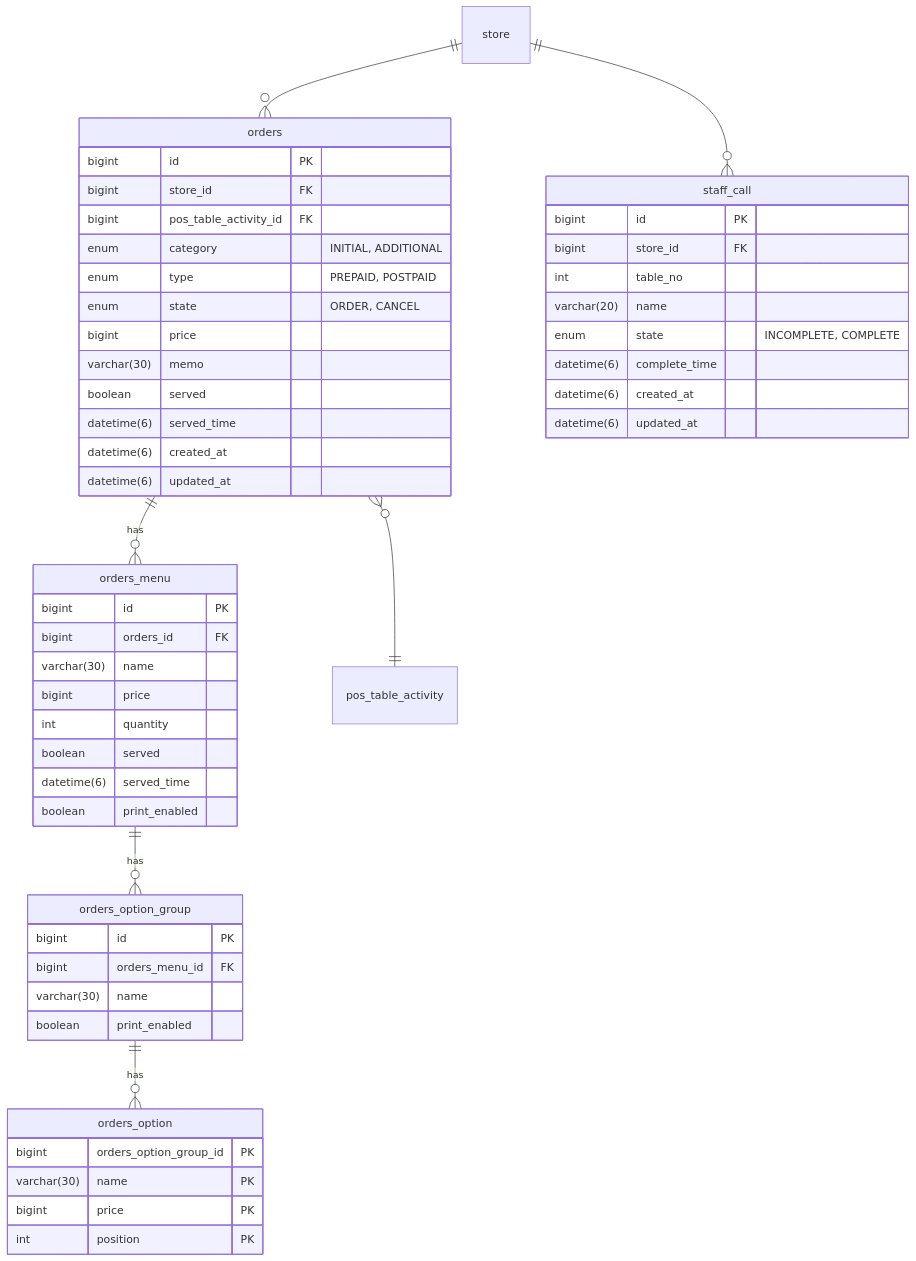
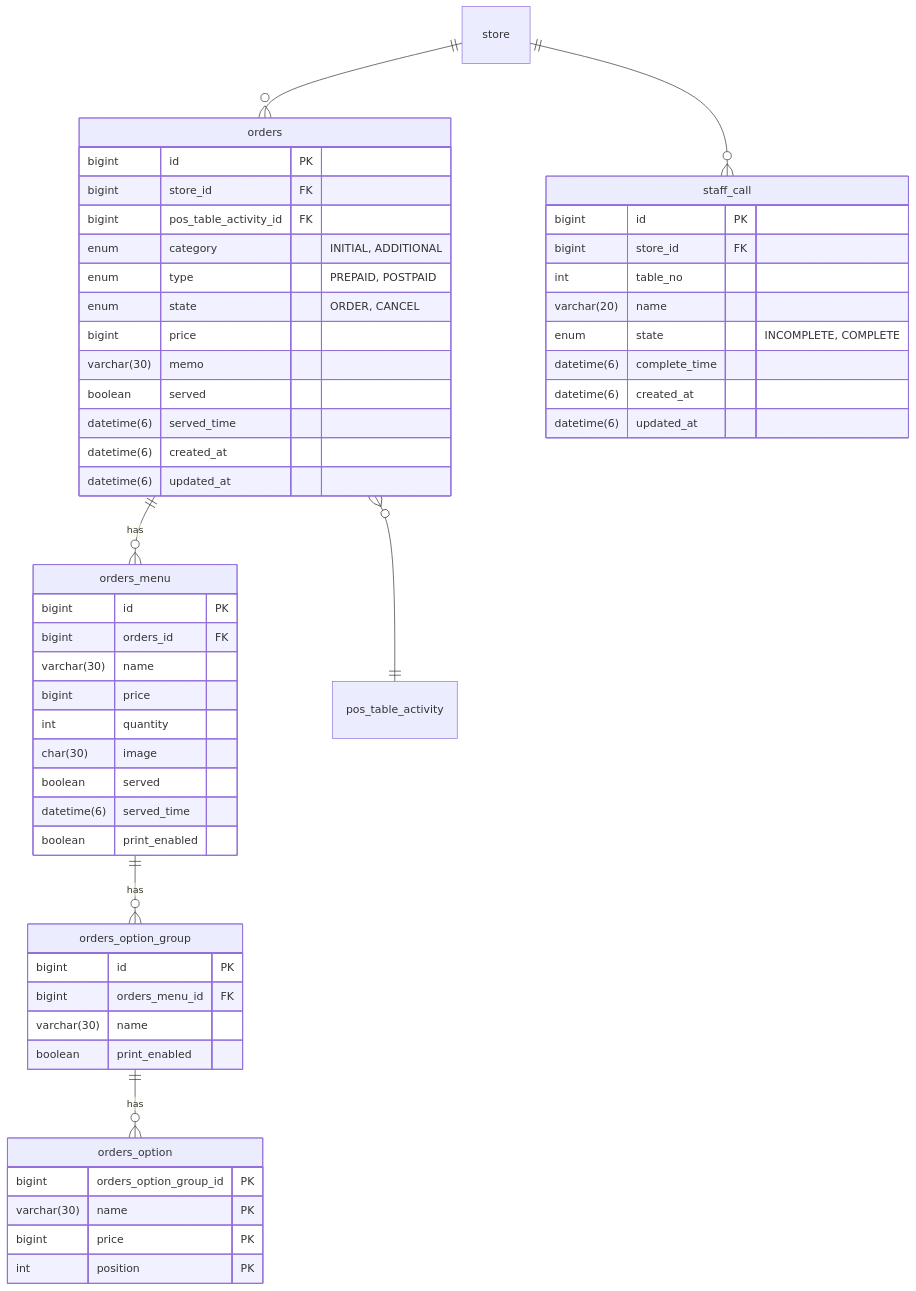
Before and after one commit to everyonewaiter/documentation: the ninth of 11 diagrams in backend/ERD.md, drawn with Mermaid. The commit also changed other lines of this file, not shown here.

Commit message:
docs: 주문 메뉴 이미지 관련 ERD 문서 업데이트

````diff
--- a/backend/ERD.md
+++ b/backend/ERD.md
@@ -281,60 +282,61 @@
 ```mermaid
 erDiagram
     store ||--o{ orders: ""
     store ||--o{ staff_call: ""
     orders ||--o{ orders_menu: "has"
     orders o{--|| pos_table_activity: ""
     orders_menu ||--o{ orders_option_group: "has"
     orders_option_group ||--o{ orders_option: "has"
 
     orders {
         bigint id PK
         bigint store_id FK
         bigint pos_table_activity_id FK
         enum category "INITIAL, ADDITIONAL"
         enum type "PREPAID, POSTPAID"
         enum state "ORDER, CANCEL"
         bigint price
         varchar(30) memo
         boolean served
         datetime(6) served_time
         datetime(6) created_at
         datetime(6) updated_at
     }
 
     orders_menu {
         bigint id PK
         bigint orders_id FK
         varchar(30) name
         bigint price
         int quantity
+        char(30) image
         boolean served
         datetime(6) served_time
         boolean print_enabled
     }
 
     orders_option_group {
         bigint id PK
         bigint orders_menu_id FK
         varchar(30) name
         boolean print_enabled
     }
 
     orders_option {
         bigint orders_option_group_id PK
         varchar(30) name PK
         bigint price PK
         int position PK
     }
 
     staff_call {
         bigint id PK
         bigint store_id FK
         int table_no
         varchar(20) name
         enum state "INCOMPLETE, COMPLETE"
         datetime(6) complete_time
         datetime(6) created_at
         datetime(6) updated_at
     }
 ```
````
